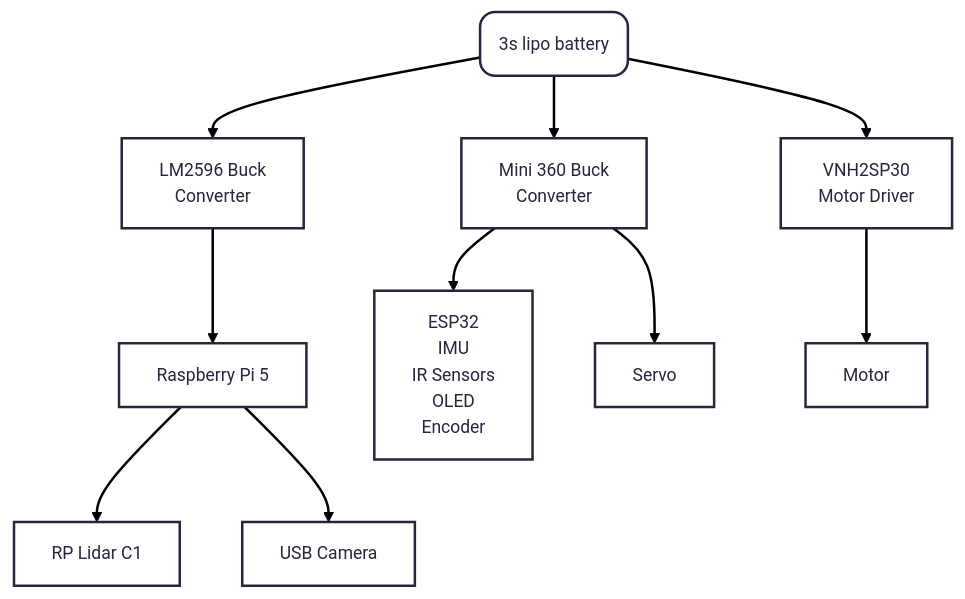
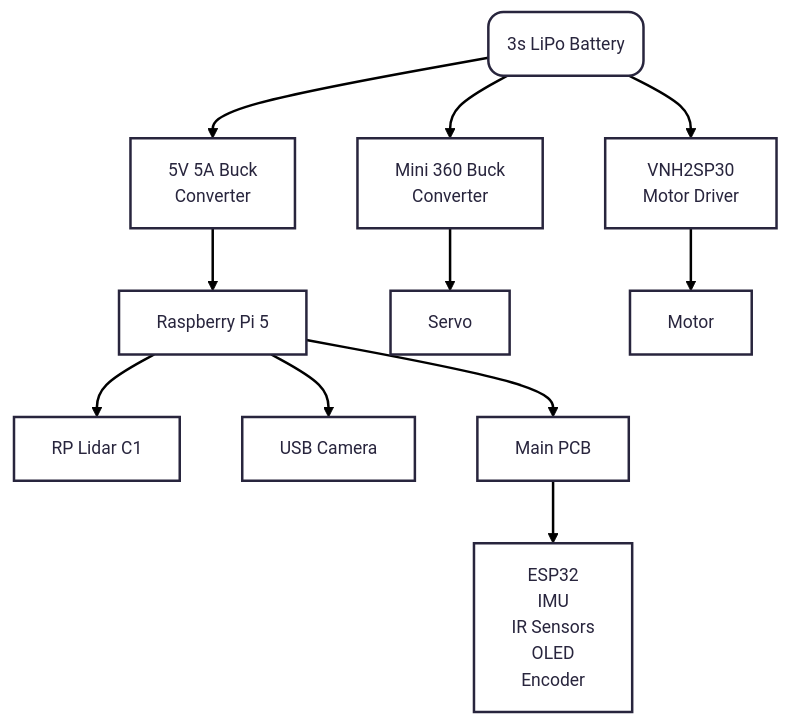
The fourth of 4 diagrams in README.md (A-N-M-Noor/LazyGo_WRO2025), drawn with Mermaid before and after one commit. The commit also changed other lines of this file, not shown here.

````diff
--- a/README.md
+++ b/README.md
@@ -380,13 +373,14 @@
 ```mermaid
 ---
 config:
   theme: redux
 ---
 flowchart TD
-    n1["3s lipo battery"] --> n3["LM2596 Buck<br>Converter"] & n4["Mini 360 Buck<br>Converter"] & n5["VNH2SP30<br>Motor Driver"]
+    n1["3s LiPo Battery"] --> n3["5V 5A Buck<br>Converter"] & n4["Mini 360 Buck<br>Converter"] & n5["VNH2SP30<br>Motor Driver"]
     n3 --> n6["Raspberry Pi 5"]
-    n6 --> n7["RP Lidar C1"] & n8["USB Camera"]
-    n4 --> n9["ESP32<br>IMU<br>IR Sensors<br>OLED<br>Encoder"] & n11["Servo"]
-    n5 --> n10["Motor"]
+    n6 --> n7["RP Lidar C1"] & n8["USB Camera"] & n9["Main PCB"]
+    n9 --> n10["ESP32<br>IMU<br>IR Sensors<br>OLED<br>Encoder"]
+    n4 --> n11["Servo"]
+    n5 --> n12["Motor"]
     n1@{ shape: rounded}
 ```
````
